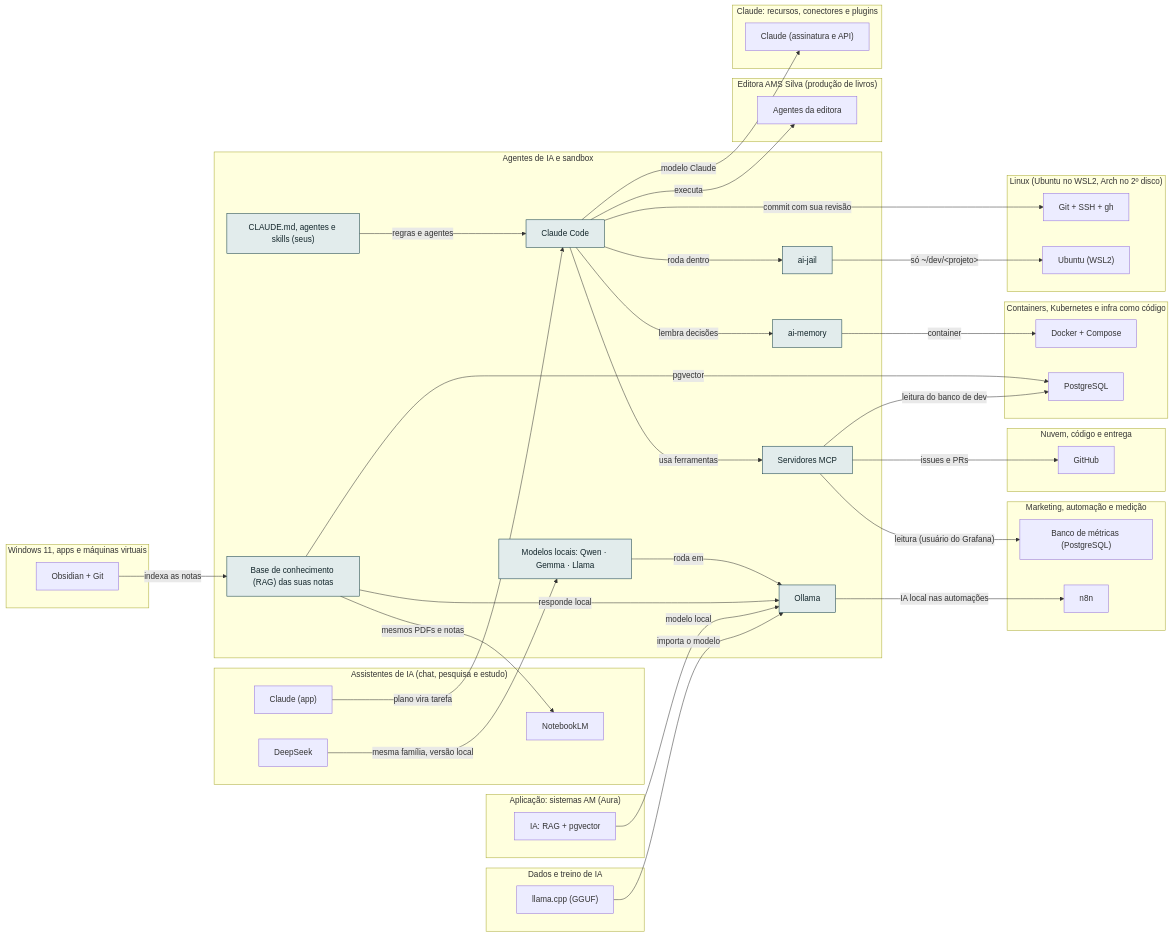
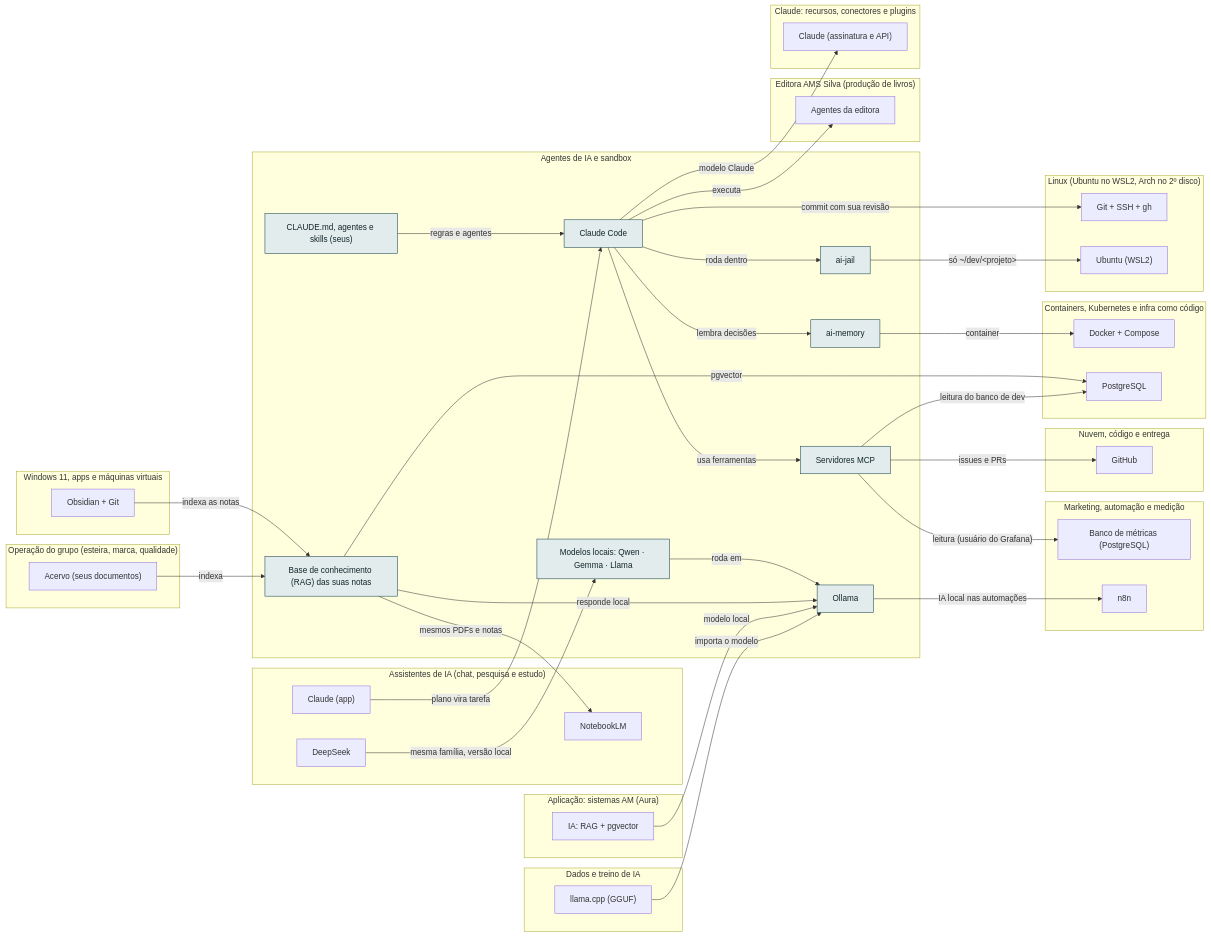
The diagram in docs/camadas/05-ia.md (AlanMateus17/dev-setup), drawn with Mermaid before and after one commit. The commit also changed other lines of this file and 28 other files, not shown here.

First line of the commit message:
feat(acervo): documentos viram conhecimento e produtos; filtro do que dá para fazer hoje

````diff
--- a/docs/camadas/05-ia.md
+++ b/docs/camadas/05-ia.md
@@ -14,72 +14,76 @@
 ```mermaid
 flowchart LR
   subgraph L_ia["Agentes de IA e sandbox"]
     n_lmods["Modelos locais: Qwen · Gemma · Llama"]
     n_rag["Base de conhecimento (RAG) das suas notas"]
     n_cc["Claude Code"]
     n_jail["ai-jail"]
     n_mem["ai-memory"]
     n_mcp["Servidores MCP"]
     n_kit["CLAUDE.md, agentes e skills (seus)"]
     n_oll["Ollama"]
+  end
+  subgraph L_oper["Operação do grupo (esteira, marca, qualidade)"]
+    n_acv["Acervo (seus documentos)"]
   end
   subgraph L_mkt["Marketing, automação e medição"]
     n_metrics["Banco de métricas (PostgreSQL)"]
     n_n8n["n8n"]
   end
   subgraph L_editora["Editora AMS Silva (produção de livros)"]
     n_bagentes["Agentes da editora"]
   end
   subgraph L_nuvem["Nuvem, código e entrega"]
     n_gh["GitHub"]
   end
   subgraph L_app["Aplicação: sistemas AM (Aura)"]
     n_ai["IA: RAG + pgvector"]
   end
   subgraph L_cnt["Containers, Kubernetes e infra como código"]
     n_docker["Docker + Compose"]
     n_pg["PostgreSQL"]
   end
   subgraph L_clc["Claude: recursos, conectores e plugins"]
     n_anth["Claude (assinatura e API)"]
   end
   subgraph L_chat["Assistentes de IA (chat, pesquisa e estudo)"]
     n_capp2["Claude (app)"]
     n_ds["DeepSeek"]
     n_nblm["NotebookLM"]
   end
   subgraph L_dados["Dados e treino de IA"]
     n_gguf["llama.cpp (GGUF)"]
   end
   subgraph L_lin["Linux (Ubuntu no WSL2, Arch no 2º disco)"]
     n_git["Git + SSH + gh"]
     n_wsl["Ubuntu (WSL2)"]
   end
   subgraph L_win["Windows 11, apps e máquinas virtuais"]
     n_obsd["Obsidian + Git"]
   end
   n_lmods -->|"roda em"| n_oll
   n_ds -->|"mesma família, versão local"| n_lmods
   n_rag -->|"responde local"| n_oll
   n_rag -->|"pgvector"| n_pg
   n_rag -->|"mesmos PDFs e notas"| n_nblm
   n_obsd -->|"indexa as notas"| n_rag
+  n_acv -->|"indexa"| n_rag
   n_cc -->|"roda dentro"| n_jail
   n_cc -->|"lembra decisões"| n_mem
   n_cc -->|"usa ferramentas"| n_mcp
   n_cc -->|"modelo Claude"| n_anth
   n_cc -->|"executa"| n_bagentes
   n_cc -->|"commit com sua revisão"| n_git
   n_kit -->|"regras e agentes"| n_cc
   n_capp2 -->|"plano vira tarefa"| n_cc
   n_jail -->|"só ~/dev/#lt;projeto#gt;"| n_wsl
   n_mem -->|"container"| n_docker
   n_mcp -->|"issues e PRs"| n_gh
   n_mcp -->|"leitura do banco de dev"| n_pg
   n_mcp -->|"leitura (usuário do Grafana)"| n_metrics
   n_oll -->|"IA local nas automações"| n_n8n
   n_ai -->|"modelo local"| n_oll
   n_gguf -->|"importa o modelo"| n_oll
   classDef desta fill:#e2ecec,stroke:#0e3a45,color:#13262b
   class n_lmods,n_rag,n_cc,n_jail,n_mem,n_mcp,n_kit,n_oll desta
 ```
````
